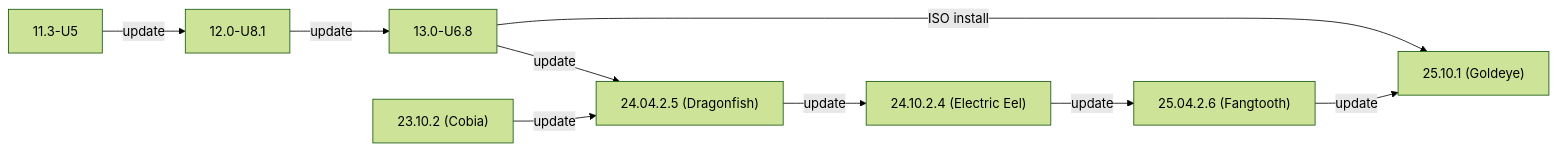
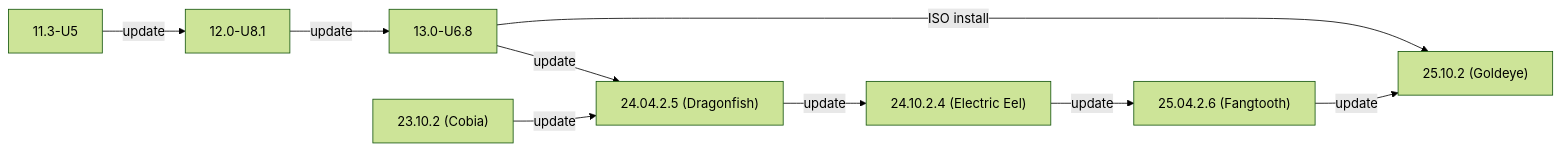
One commit to truenas/documentation changed the second of 2 diagrams in static/includes/SCALEUpgradePaths.md. Above: the diagram before and after it, drawn with Mermaid (forest theme). The commit also changed other lines of this file and 55 other files, not shown here.

```diff
--- a/static/includes/SCALEUpgradePaths.md
+++ b/static/includes/SCALEUpgradePaths.md
@@ -52,12 +52,12 @@
             {{< mermaid class="mermaid_sizing" >}}
             flowchart LR
               A["11.3-U5"] -->|update| B
               B["12.0-U8.1"] -->|update| C
               C["13.0-U6.8"] -->|ISO install| H
               C -->|update| E
               D["23.10.2 (Cobia)"] -->|update| E
               E["24.04.2.5 (Dragonfish)"]  -->|update| F
               F["24.10.2.4 (Electric Eel)"] -->|update| G
               G["25.04.2.6 (Fangtooth)"] -->|update| H
-            H["25.10.1 (Goldeye)"]
+              H["25.10.2 (Goldeye)"]
             {{< /mermaid >}}
```
